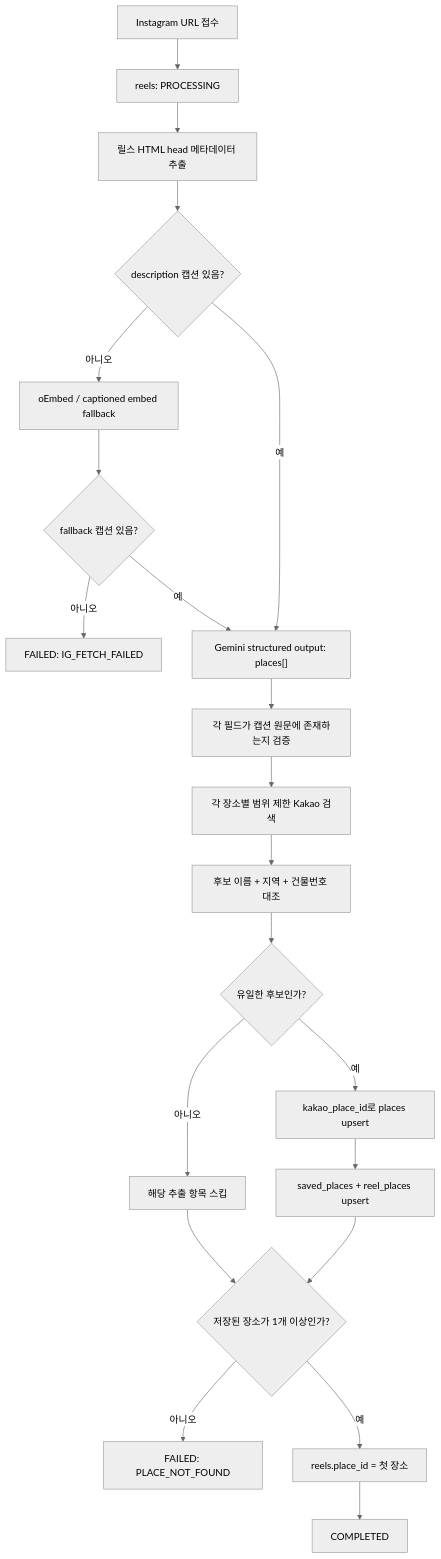
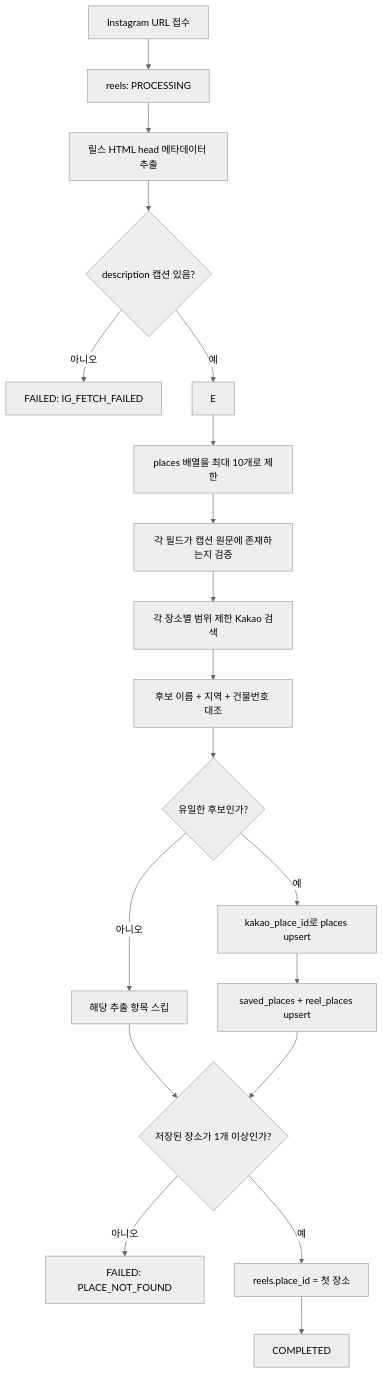
One commit to Jiihyun/yeogidam changed the first of 2 diagrams in docs/mvp-place-matching-release-report.md. Above: the diagram before and after it, drawn with Mermaid (neutral theme). The commit also changed other lines of this file and 6 other files, not shown here.

````diff
--- a/docs/mvp-place-matching-release-report.md
+++ b/docs/mvp-place-matching-release-report.md
@@ -39,23 +39,21 @@
 ```mermaid
 flowchart TD
     A["Instagram URL 접수"] --> B["reels: PROCESSING"]
     B --> C["릴스 HTML head 메타데이터 추출"]
     C --> D{"description 캡션 있음?"}
-    D -- "아니오" --> C2["oEmbed / captioned embed fallback"]
-    C2 --> D2{"fallback 캡션 있음?"}
-    D2 -- "아니오" --> X["FAILED: IG_FETCH_FAILED"]
-    D2 -- "예" --> E["Gemini structured output: places[]"]
+    D -- "아니오" --> X["FAILED: IG_FETCH_FAILED"]
     D -- "예" --> E
-    E --> F["각 필드가 캡션 원문에 존재하는지 검증"]
+    E --> E2["places 배열을 최대 10개로 제한"]
+    E2 --> F["각 필드가 캡션 원문에 존재하는지 검증"]
     F --> G["각 장소별 범위 제한 Kakao 검색"]
     G --> H["후보 이름 + 지역 + 건물번호 대조"]
     H --> I{"유일한 후보인가?"}
     I -- "아니오" --> J["해당 추출 항목 스킵"]
     I -- "예" --> K["kakao_place_id로 places upsert"]
     K --> L["saved_places + reel_places upsert"]
     J --> M{"저장된 장소가 1개 이상인가?"}
     L --> M
     M -- "아니오" --> Y["FAILED: PLACE_NOT_FOUND"]
     M -- "예" --> N["reels.place_id = 첫 장소"]
     N --> O["COMPLETED"]
 ```
````
